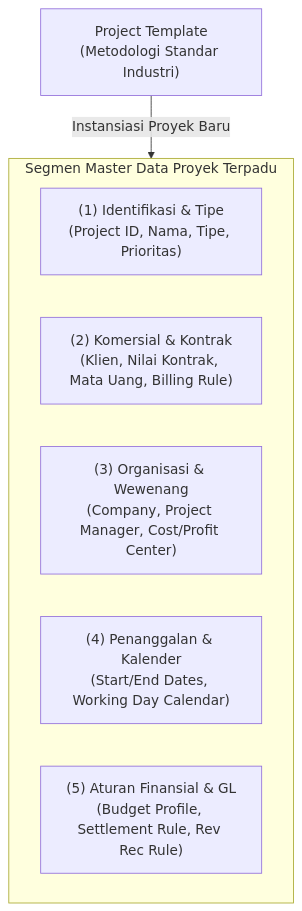
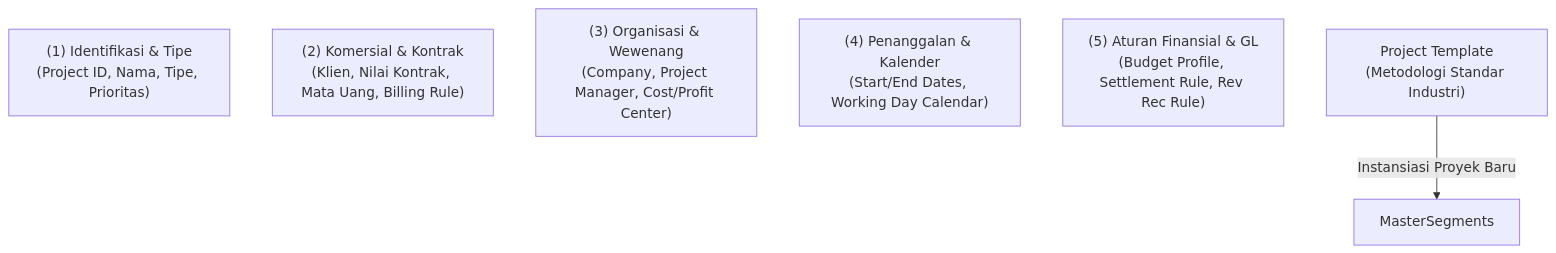
One commit to alimurrofid/erp-notes changed the first of 3 diagrams in content/09-project/project-master-data.md. Above: the diagram before and after it, drawn with Mermaid. The commit also changed 58 other files, not shown here.

Commit message:
fix(content):Mermaid Subgraph

````diff
--- a/content/09-project/project-master-data.md
+++ b/content/09-project/project-master-data.md
@@ -11,11 +11,9 @@
 ```mermaid
 graph TD
-    subgraph MasterSegments["Segmen Master Data Proyek Terpadu"]
         ID["(1) Identifikasi & Tipe<br/>(Project ID, Nama, Tipe, Prioritas)"]
         Comm["(2) Komersial & Kontrak<br/>(Klien, Nilai Kontrak, Mata Uang, Billing Rule)"]
         Org["(3) Organisasi & Wewenang<br/>(Company, Project Manager, Cost/Profit Center)"]
         Time["(4) Penanggalan & Kalender<br/>(Start/End Dates, Working Day Calendar)"]
         Fin["(5) Aturan Finansial & GL<br/>(Budget Profile, Settlement Rule, Rev Rec Rule)"]
-    end
     Template["Project Template<br/>(Metodologi Standar Industri)"] -->|Instansiasi Proyek Baru| MasterSegments
 ```
````
